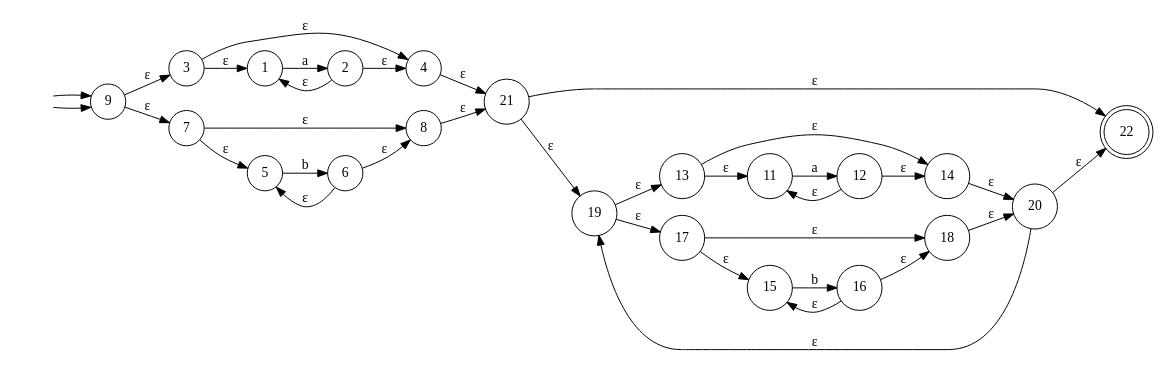
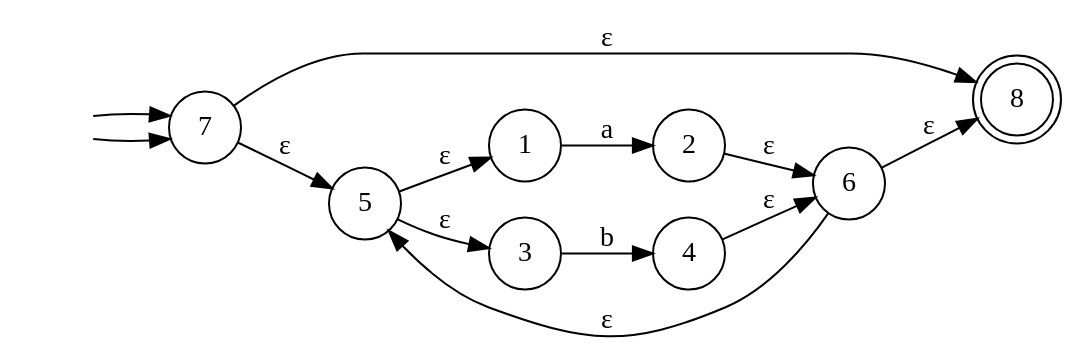
Before and after one commit to donmatthiuz/Laboratorios_Teoria_Computacion-: the diagram in automata.gv, drawn with Graphviz. The commit also changed 4 other files, not shown here.

```diff
--- a/automata.gv
+++ b/automata.gv
@@ -1,42 +1,20 @@
 digraph finite_state_machine {
 	rankdir=LR size="8,5"
 	node [shape=doublecircle]
-	22
+	8
 	node [shape=circle]
 	"" [style=invis]
-	"" -> 9
-	9 -> 3 [label="ε"]
-	"" [style=invis]
-	"" -> 9
-	9 -> 7 [label="ε"]
-	4 -> 21 [label="ε"]
-	8 -> 21 [label="ε"]
-	3 -> 1 [label="ε"]
-	2 -> 1 [label="ε"]
-	2 -> 4 [label="ε"]
-	3 -> 4 [label="ε"]
-	1 -> 2 [label=a]
+	"" -> 7
 	7 -> 5 [label="ε"]
 	6 -> 5 [label="ε"]
 	6 -> 8 [label="ε"]
+	"" [style=invis]
+	"" -> 7
 	7 -> 8 [label="ε"]
-	5 -> 6 [label=b]
-	21 -> 19 [label="ε"]
-	20 -> 19 [label="ε"]
-	20 -> 22 [label="ε"]
-	21 -> 22 [label="ε"]
-	19 -> 13 [label="ε"]
-	19 -> 17 [label="ε"]
-	14 -> 20 [label="ε"]
-	18 -> 20 [label="ε"]
-	13 -> 11 [label="ε"]
-	12 -> 11 [label="ε"]
-	12 -> 14 [label="ε"]
-	13 -> 14 [label="ε"]
-	11 -> 12 [label=a]
-	17 -> 15 [label="ε"]
-	16 -> 15 [label="ε"]
-	16 -> 18 [label="ε"]
-	17 -> 18 [label="ε"]
-	15 -> 16 [label=b]
+	5 -> 1 [label="ε"]
+	5 -> 3 [label="ε"]
+	2 -> 6 [label="ε"]
+	4 -> 6 [label="ε"]
+	1 -> 2 [label=a]
+	3 -> 4 [label=b]
 }
```
